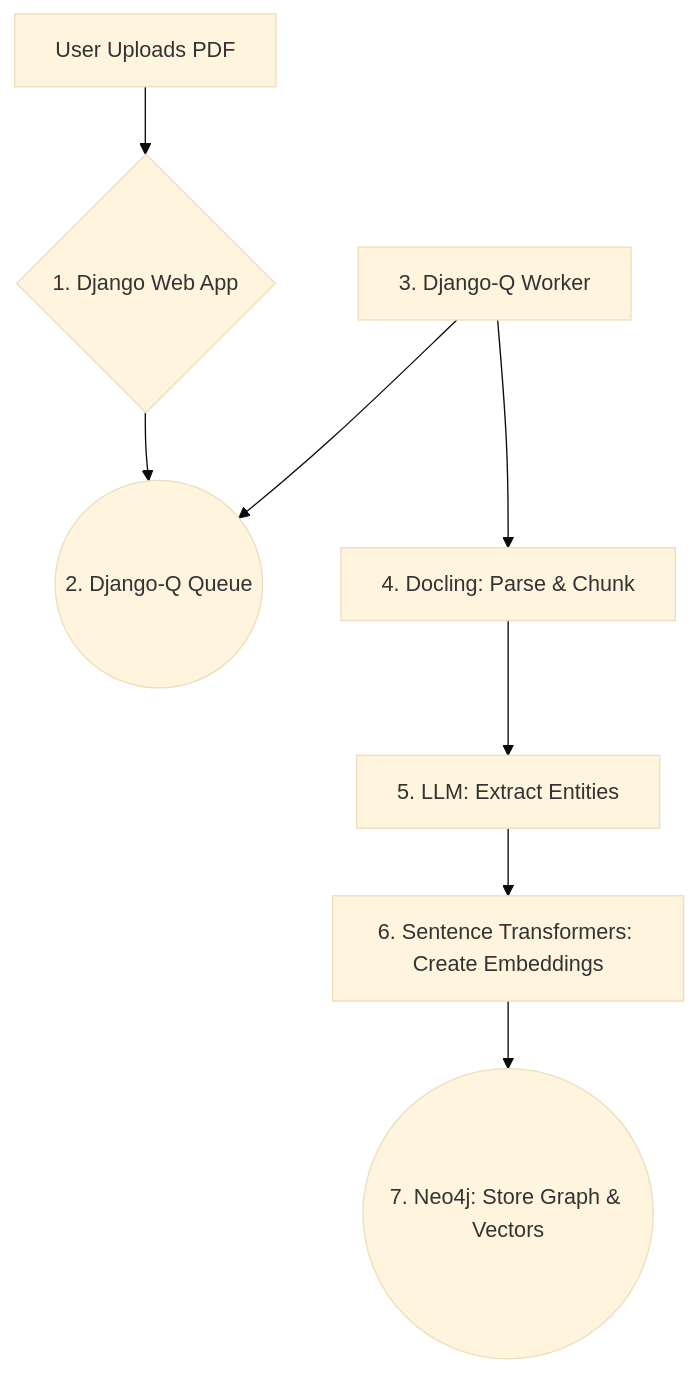
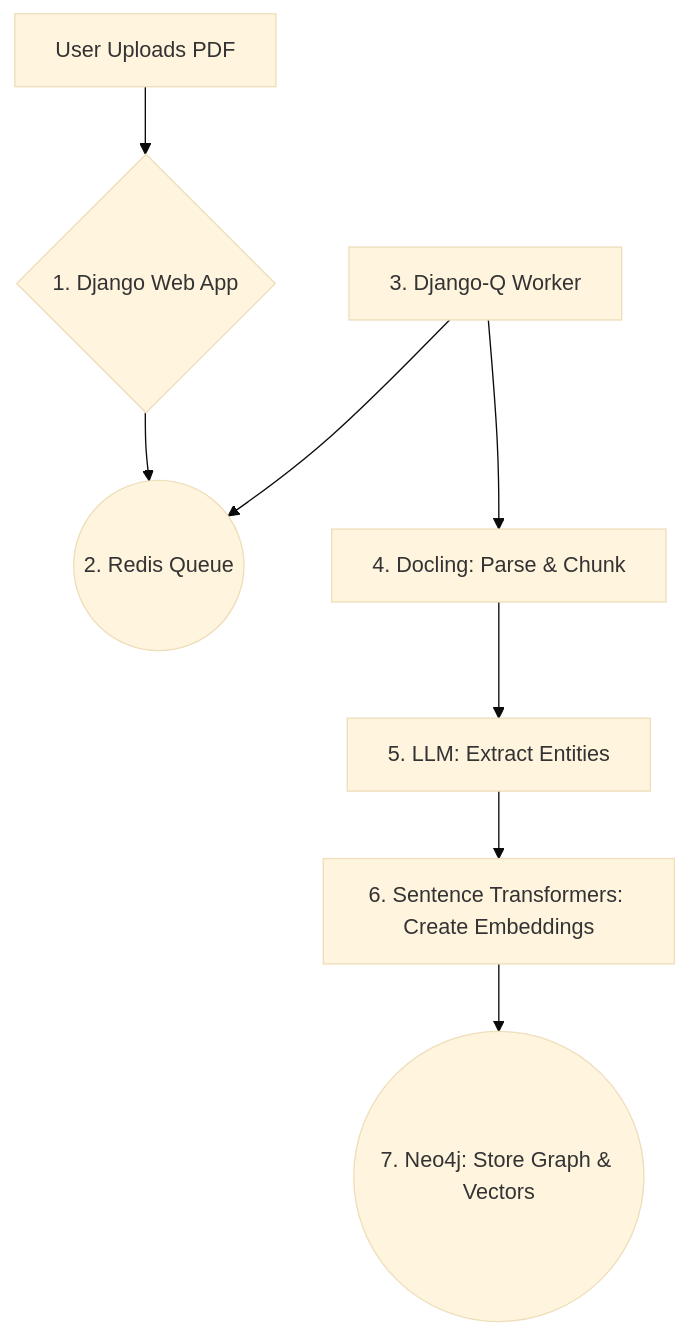
Before and after one commit to NeelM47/Knowledge-Extractor-RAG: the first of 2 diagrams in README.md, drawn with Mermaid (base theme). The commit also changed other lines of this file and 1 other file, not shown here.

````diff
--- a/README.md
+++ b/README.md
@@ -38,10 +32,10 @@
 ```mermaid
-graph TD
+graph TD;
     A[User Uploads PDF] --> B{1. Django Web App};
-    B --> C((2. Django-Q Queue));
+    B --> C((2. Redis Queue));
     D[3. Django-Q Worker] --> C;
     D --> E[4. Docling: Parse & Chunk];
     E --> F[5. LLM: Extract Entities];
     F --> G[6. Sentence Transformers: Create Embeddings];
     G --> H((7. Neo4j: Store Graph & Vectors));
 ```
````
